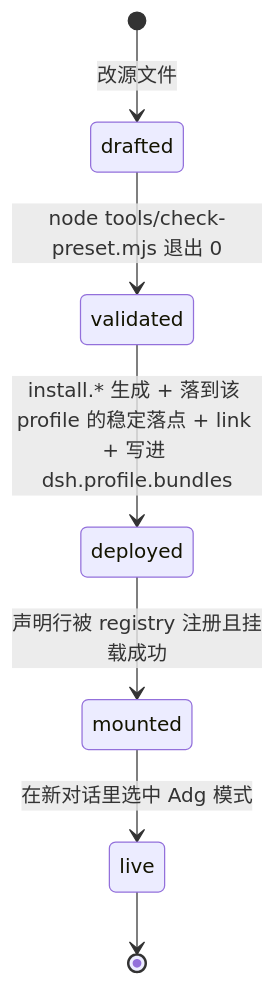
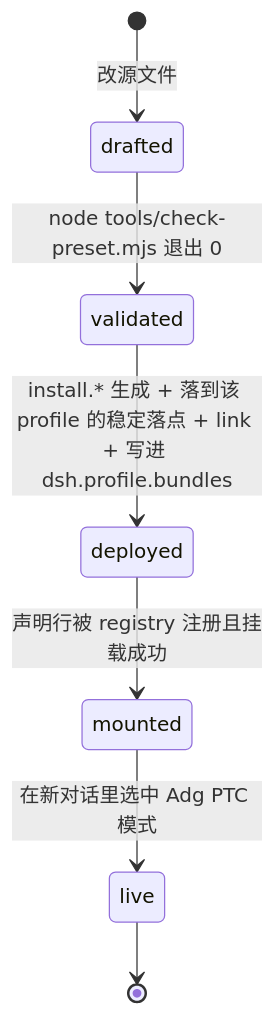
Before and after one commit to ADkun/dsh-adg-ptc: the diagram in preset/design.md, drawn with Mermaid. The commit also changed other lines of this file and 1 other file, not shown here.

Commit message:
文档：preset 身份改为 adg-ptc，清理旧显示名残留

````diff
--- a/preset/design.md
+++ b/preset/design.md
@@ -54,9 +54,9 @@
 ```mermaid
 stateDiagram-v2
     [*] --> drafted: 改源文件
     drafted --> validated: node tools/check-preset.mjs 退出 0
     validated --> deployed: install.* 生成 + 落到该 profile 的稳定落点 + link + 写进 dsh.profile.bundles
     deployed --> mounted: 声明行被 registry 注册且挂载成功
-    mounted --> live: 在新对话里选中 Adg 模式
+    mounted --> live: 在新对话里选中 Adg PTC 模式
     live --> [*]
 ```
````
